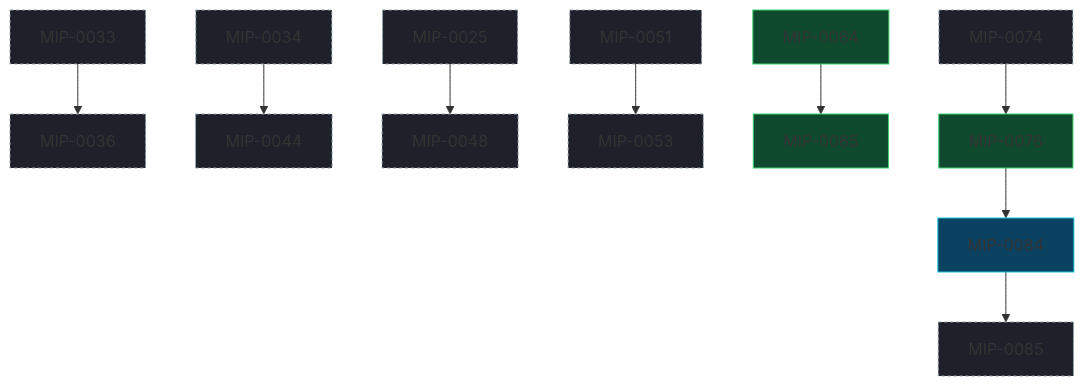
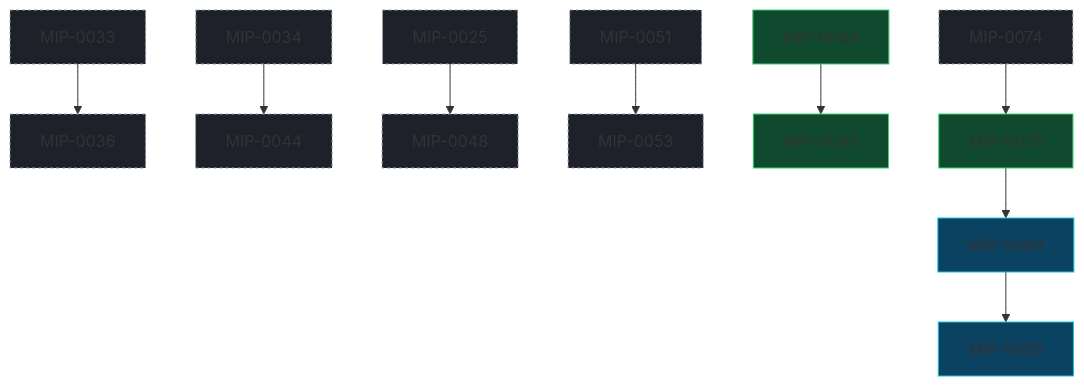
Before and after one commit to marola-dev/marola: the diagram in docs/MIPs/README.md, drawn with Mermaid.

Commit message:
docs(mips): MIP-0085 accepted
Tested: mip_graph.py --check and docs-lint (devkit v0.8.3, the flake.lock rev) clean
Cost: ~$0.20 · 752k tokens, 99% cache reads (claude-opus-5-5) · cost-split --session 3f670840, 2026-10-10

````diff
--- a/docs/MIPs/README.md
+++ b/docs/MIPs/README.md
@@ -99,29 +99,29 @@
 ```mermaid
 flowchart TD
   classDef draft fill:#1e2129,stroke:#8fa3b0,stroke-dasharray:3 3;
   classDef accepted fill:#0b4261,stroke:#1ac5da;
   classDef implemented fill:#0f4a2e,stroke:#3ecf6e;
   classDef rejected fill:#2a2d35,stroke:#666,color:#999;
   M0025["MIP-0025"]:::draft
   M0033["MIP-0033"]:::draft
   M0034["MIP-0034"]:::draft
   M0036["MIP-0036"]:::draft
   M0044["MIP-0044"]:::draft
   M0048["MIP-0048"]:::draft
   M0051["MIP-0051"]:::draft
   M0053["MIP-0053"]:::draft
   M0064["MIP-0064"]:::implemented
   M0065["MIP-0065"]:::implemented
   M0074["MIP-0074"]:::draft
   M0076["MIP-0076"]:::implemented
   M0084["MIP-0084"]:::accepted
-  M0085["MIP-0085"]:::draft
+  M0085["MIP-0085"]:::accepted
   M0025 --> M0048
   M0033 --> M0036
   M0034 --> M0044
   M0051 --> M0053
   M0064 --> M0065
   M0074 --> M0076
   M0076 --> M0084
   M0084 --> M0085
 ```
````
